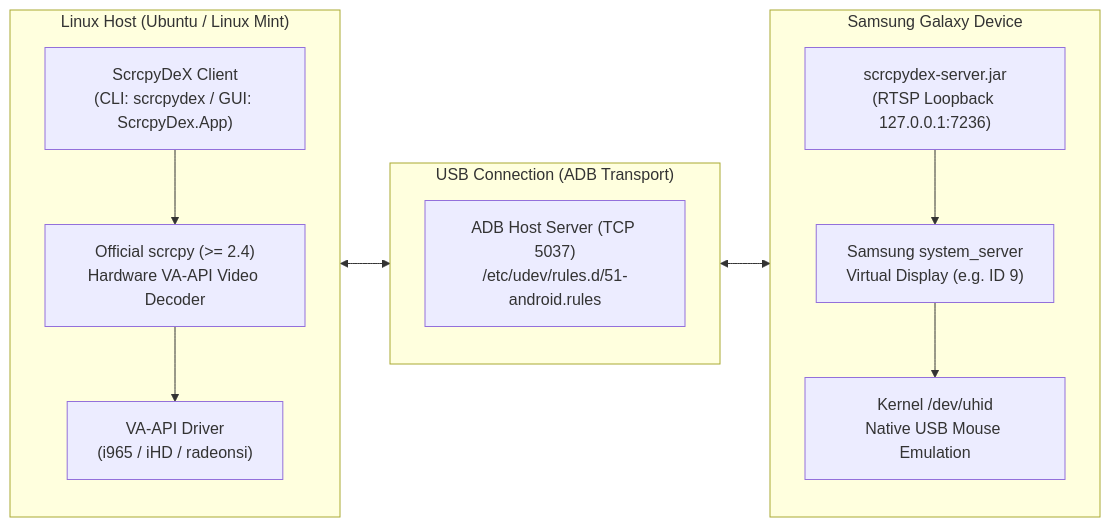
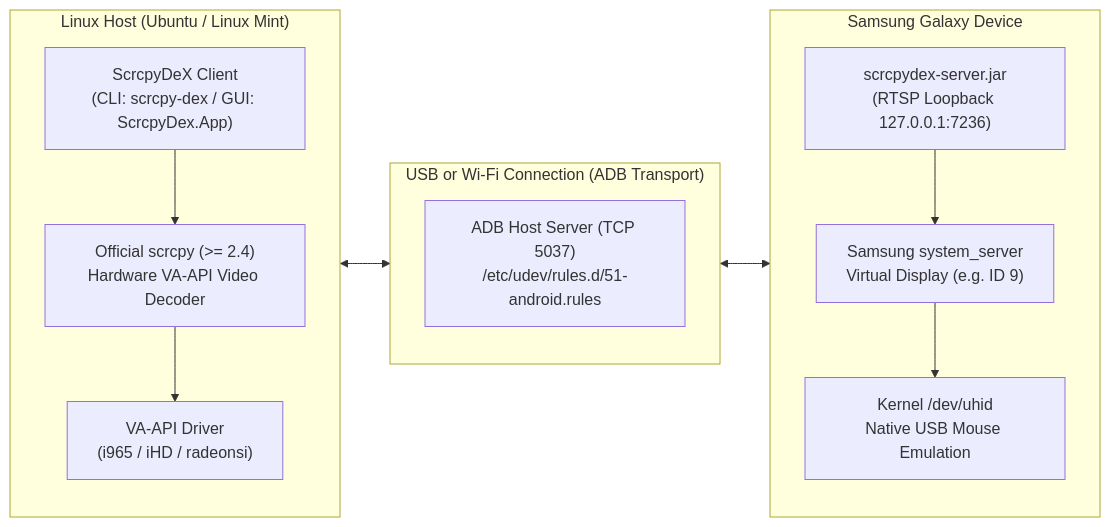
One commit to Aureliano021/ScrcpyDex changed the diagram in docs/LINUX_SETUP_GUIDE.md. Above: the diagram before and after it, drawn with Mermaid. The commit also changed other lines of this file and 18 other files, not shown here.

````diff
--- a/docs/LINUX_SETUP_GUIDE.md
+++ b/docs/LINUX_SETUP_GUIDE.md
@@ -13,22 +15,22 @@
 ```mermaid
 flowchart LR
     subgraph HostLinux ["Linux Host (Ubuntu / Linux Mint)"]
-        CLIENT["ScrcpyDeX Client\n(CLI: scrcpydex / GUI: ScrcpyDex.App)"]
+        CLIENT["ScrcpyDeX Client\n(CLI: scrcpy-dex / GUI: ScrcpyDex.App)"]
         SCRCPY["Official scrcpy (>= 2.4)\nHardware VA-API Video Decoder"]
         VAAPI["VA-API Driver\n(i965 / iHD / radeonsi)"]
         CLIENT --> SCRCPY --> VAAPI
     end
 
-    subgraph USBTransport ["USB Connection (ADB Transport)"]
+    subgraph ADBTransport ["USB or Wi-Fi Connection (ADB Transport)"]
         ADB["ADB Host Server (TCP 5037)\n/etc/udev/rules.d/51-android.rules"]
     end
 
     subgraph TargetDevice ["Samsung Galaxy Device"]
         SERVER["scrcpydex-server.jar\n(RTSP Loopback 127.0.0.1:7236)"]
         SYSTEM_SERVER["Samsung system_server\nVirtual Display (e.g. ID 9)"]
         UHID["Kernel /dev/uhid\nNative USB Mouse Emulation"]
         SERVER --> SYSTEM_SERVER --> UHID
     end
 
-    HostLinux <--> USBTransport <--> TargetDevice
+    HostLinux <--> ADBTransport <--> TargetDevice
 ```
````
